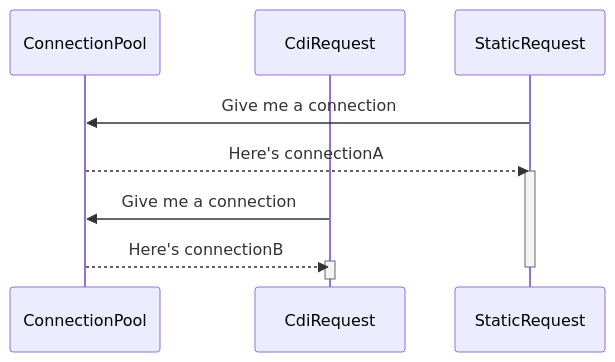
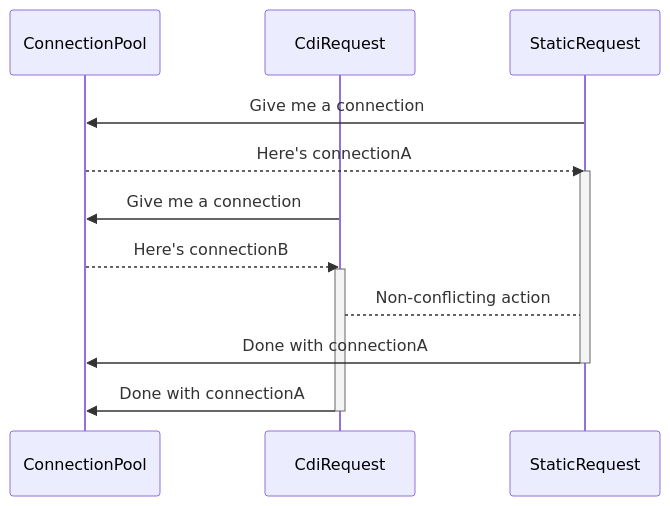
The second of 5 diagrams in content/_index.md (swoogles/hugoprojects), drawn with Mermaid before and after one commit.

Commit message:
+Connection returning to sequence

```diff
--- a/content/_index.md
+++ b/content/_index.md
@@ -55,14 +55,17 @@
 {{<mermaid>}}
 sequenceDiagram
   participant CP as ConnectionPool
   participant CDI as CdiRequest
   participant STAT as StaticRequest
   STAT->>CP: Give me a connection
   CP-->>STAT: Here's connectionA
   activate STAT
   CDI->>CP: Give me a connection
   CP-->>CDI: Here's connectionB
   activate CDI
+  CDI-->STAT: Non-conflicting action
+  STAT->>CP: Done with connectionA
   deactivate STAT
+  CDI->>CP: Done with connectionA
   deactivate CDI
 {{</mermaid>}}
```
